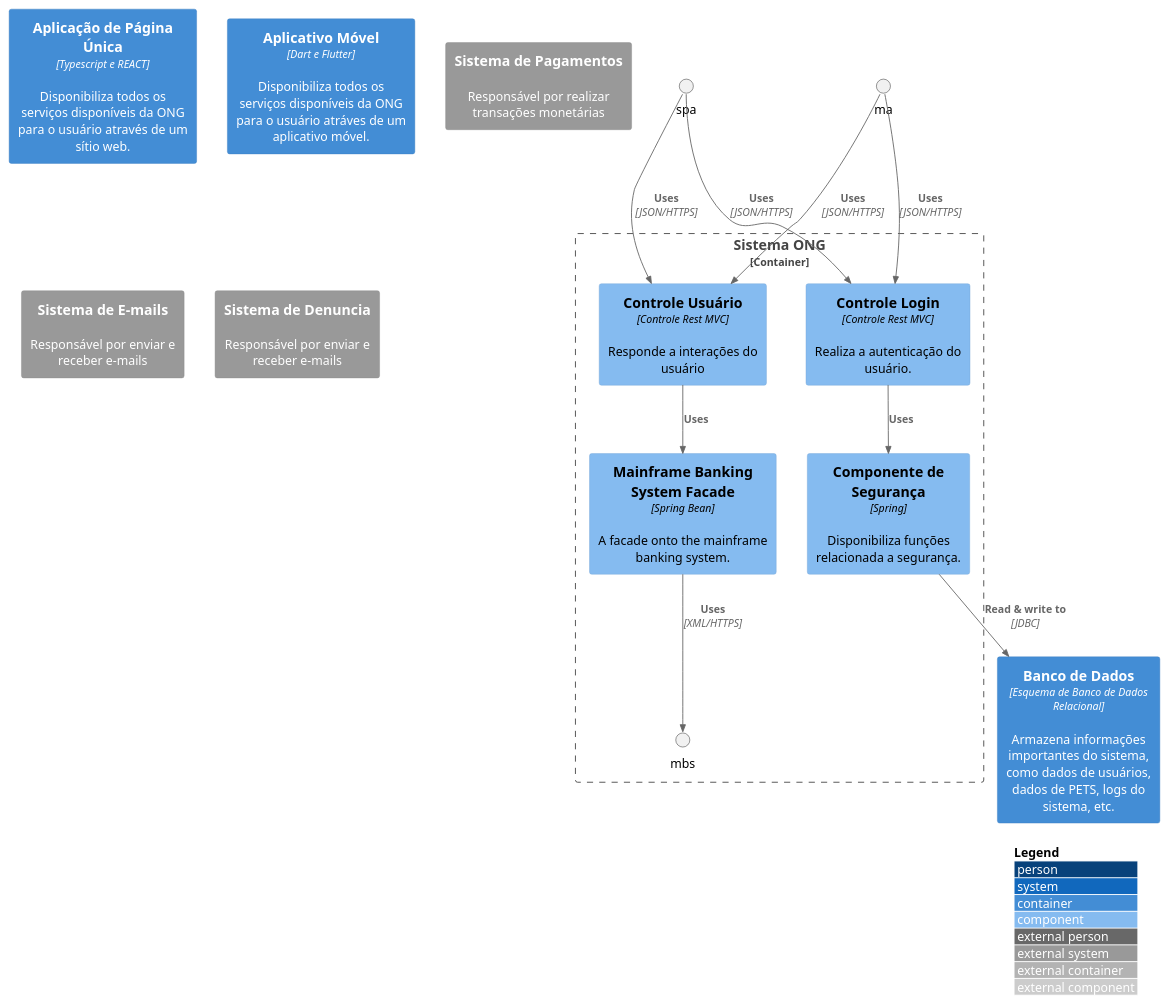
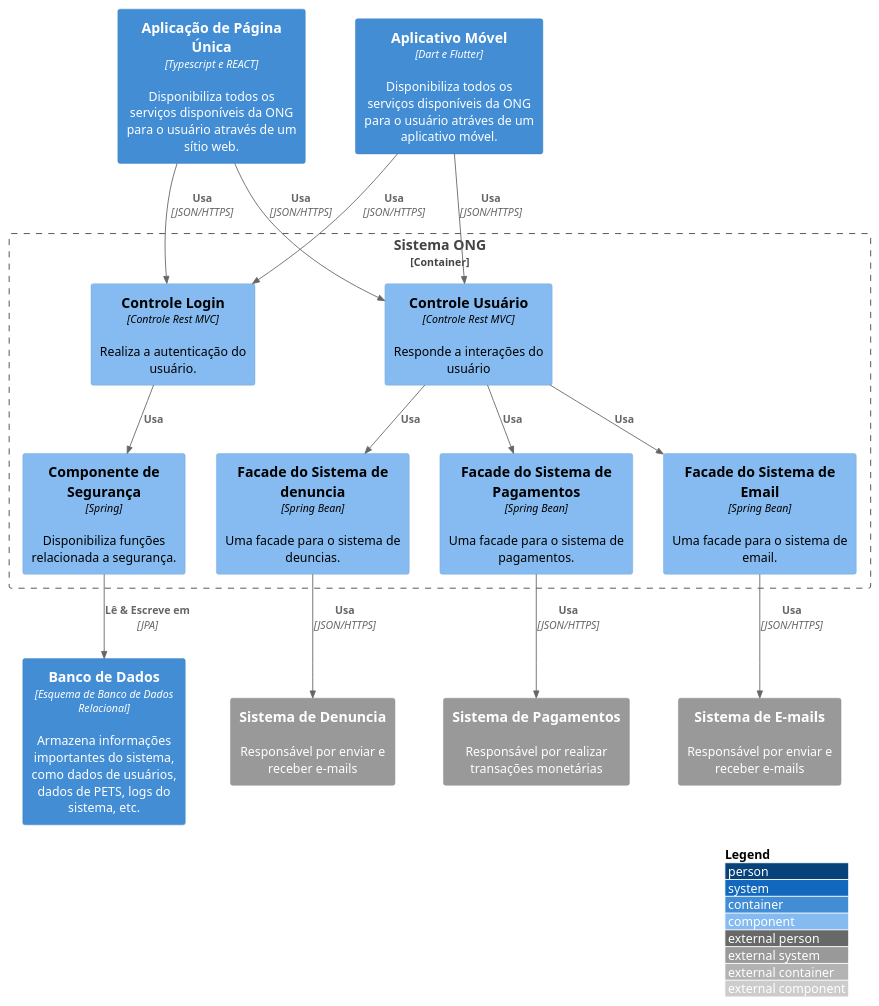
One commit to andrelquiosi/ANIMAPET changed the diagram in src/Sistema animapet/API Application/container.puml. Above: the diagram before and after it, drawn with PlantUML. The commit also changed 3 other files, not shown here.

Commit message:
Movendo container.puml para Api Aplication e restaurando sistema.puml

```diff
--- a/src/Sistema animapet/API Application/container.puml
+++ b/src/Sistema animapet/API Application/container.puml
@@ -1,30 +1,38 @@
-@startuml ComponenteAPI
+@startuml Container
 !include https://raw.githubusercontent.com/adrianvlupu/C4-PlantUML/latest/C4_Component.puml
 
 LAYOUT_WITH_LEGEND()
 
-Container(swb, "Aplicação de Página Única", "Typescript e REACT","Disponibiliza todos os serviços disponíveis da ONG para o usuário através de um  sítio web.")
-Container(sdm, "Aplicativo Móvel", "Dart e Flutter", "Disponibiliza todos os serviços disponíveis da ONG para o usuário atráves de um aplicativo móvel.")
-Container(db, "Banco de Dados", "Esquema de Banco de Dados Relacional", "Armazena informações importantes do sistema, como dados de usuários, dados de PETS, logs do sistema, etc.")
-System_Ext(pix, "Sistema de Pagamentos", "Responsável por realizar transações monetárias")
-System_Ext(sem, "Sistema de E-mails", "Responsável por enviar e receber e-mails")
-System_Ext(spo, "Sistema de Denuncia", "Responsável por enviar e receber e-mails")
+Container(site, "Aplicação de Página Única", "Typescript e REACT","Disponibiliza todos os serviços disponíveis da ONG para o usuário através de um  sítio web.")
+Container(mobile, "Aplicativo Móvel", "Dart e Flutter", "Disponibiliza todos os serviços disponíveis da ONG para o usuário atráves de um aplicativo móvel.")
+Container(database, "Banco de Dados", "Esquema de Banco de Dados Relacional", "Armazena informações importantes do sistema, como dados de usuários, dados de PETS, logs do sistema, etc.")
+
+System_Ext(financeiro, "Sistema de Pagamentos", "Responsável por realizar transações monetárias")
+System_Ext(email, "Sistema de E-mails", "Responsável por enviar e receber e-mails")
+System_Ext(denuncia, "Sistema de Denuncia", "Responsável por enviar e receber e-mails")
 
 Container_Boundary(ong, "Sistema ONG") {
-    Component(sign, "Controle Login", "Controle Rest MVC", "Realiza a autenticação do usuário.")
-    Component(accounts, "Controle Usuário", "Controle Rest MVC", "Responde a interações do usuário")
-    Component(security, "Componente de Segurança", "Spring", "Disponibiliza funções relacionada a segurança.")
-    Component(mbsfacade, "Mainframe Banking System Facade", "Spring Bean", "A facade onto the mainframe banking system.")
+    Component(login, "Controle Login", "Controle Rest MVC", "Realiza a autenticação do usuário.")
+    Component(contas, "Controle Usuário", "Controle Rest MVC", "Responde a interações do usuário")
+    Component(seguranca, "Componente de Segurança", "Spring", "Disponibiliza funções relacionada a segurança.")
+    Component(financeiro_facade, "Facade do Sistema de Pagamentos", "Spring Bean", "Uma facade para o sistema de pagamentos.")
+    Component(email_facade, "Facade do Sistema de Email", "Spring Bean", "Uma facade para o sistema de email.")
+    Component(denuncia_facade, "Facade do Sistema de denuncia", "Spring Bean", "Uma facade para o sistema de deuncias.")
 
-    Rel(sign, security, "Uses")
-    Rel(accounts, mbsfacade, "Uses")
-    Rel(security, db, "Read & write to", "JDBC")
-    Rel(mbsfacade, mbs, "Uses", "XML/HTTPS")
+
+    Rel(login, seguranca, "Usa")
+    Rel(contas, financeiro_facade, "Usa")
+    Rel(contas, email_facade, "Usa")
+    Rel(contas, denuncia_facade, "Usa")
+    Rel(financeiro_facade, financeiro, "Usa", "JSON/HTTPS")
+    Rel(email_facade, email, "Usa", "JSON/HTTPS")
+    Rel(denuncia_facade, denuncia, "Usa", "JSON/HTTPS")
 }
 
-Rel(spa, sign, "Uses", "JSON/HTTPS")
-Rel(spa, accounts, "Uses", "JSON/HTTPS")
 
-Rel(ma, sign, "Uses", "JSON/HTTPS")
-Rel(ma, accounts, "Uses", "JSON/HTTPS")
+Rel(seguranca, database, "Lê & Escreve em", "JPA")
+Rel(site, login, "Usa", "JSON/HTTPS")
+Rel(site, contas, "Usa", "JSON/HTTPS")
+Rel(mobile, login, "Usa", "JSON/HTTPS")
+Rel(mobile, contas, "Usa", "JSON/HTTPS")
 @enduml
```
